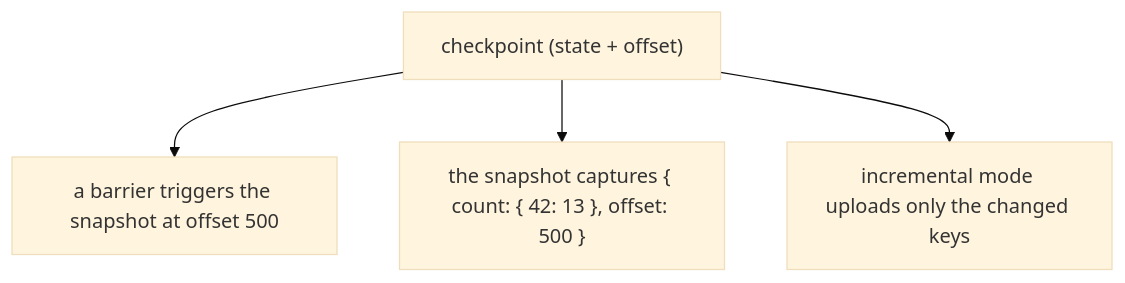
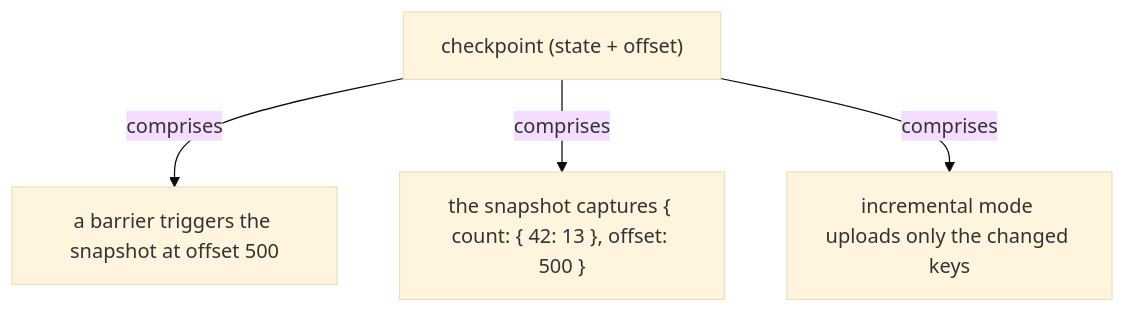
Before and after one commit to vinayakuber/streaming-systems-study-guide: the sixth of 19 diagrams in docs/ch07-the-practicalities-of-persistent-state.md, drawn with Mermaid (base theme). The commit also changed other lines of this file and 22 other files, not shown here.

First line of the commit message:
R18: label every diagram arrow with its meaning

````diff
--- a/docs/ch07-the-practicalities-of-persistent-state.md
+++ b/docs/ch07-the-practicalities-of-persistent-state.md
@@ -167,7 +167,7 @@
 ```mermaid
 flowchart TD
   R["checkpoint (state + offset)"]
-  R --> P0["a barrier triggers the snapshot at offset 500"]
-  R --> P1["the snapshot captures { count: { 42: 13 }, offset: 500 }"]
-  R --> P2["incremental mode uploads only the changed keys"]
+  R -->|"comprises"| P0["a barrier triggers the snapshot at offset 500"]
+  R -->|"comprises"| P1["the snapshot captures { count: { 42: 13 }, offset: 500 }"]
+  R -->|"comprises"| P2["incremental mode uploads only the changed keys"]
 ```
````
